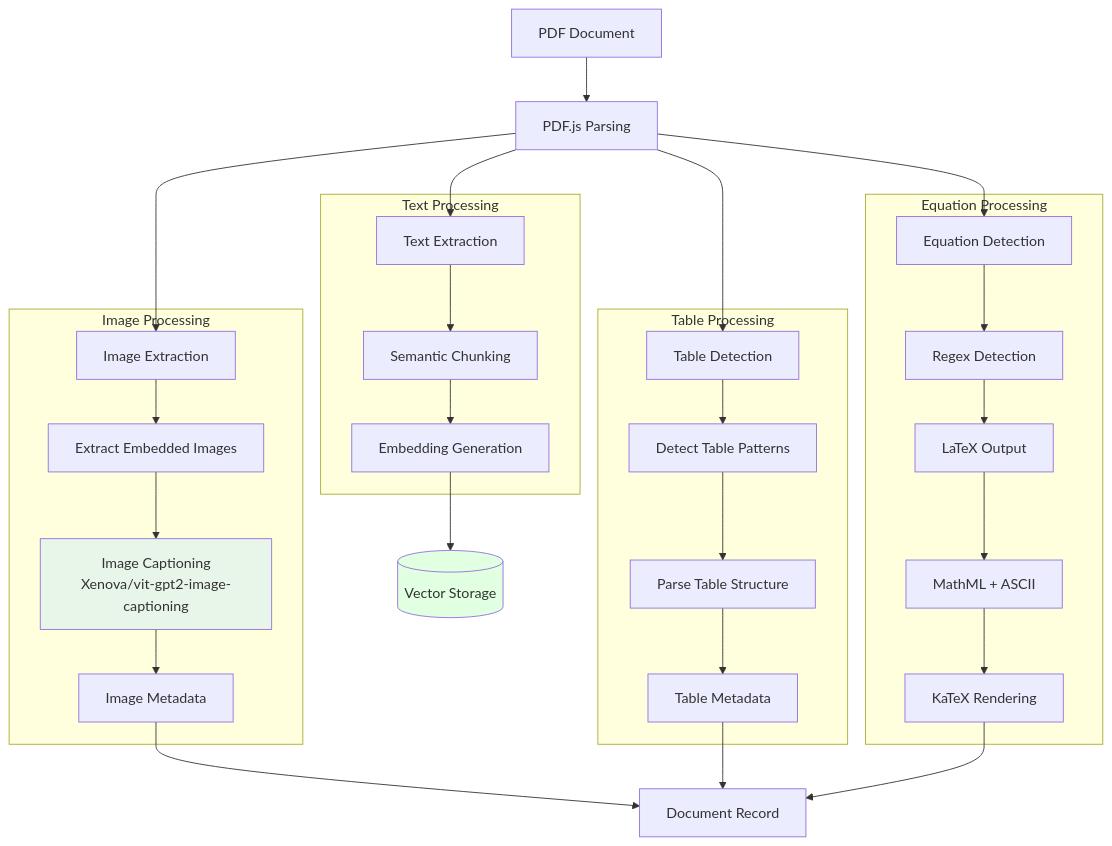
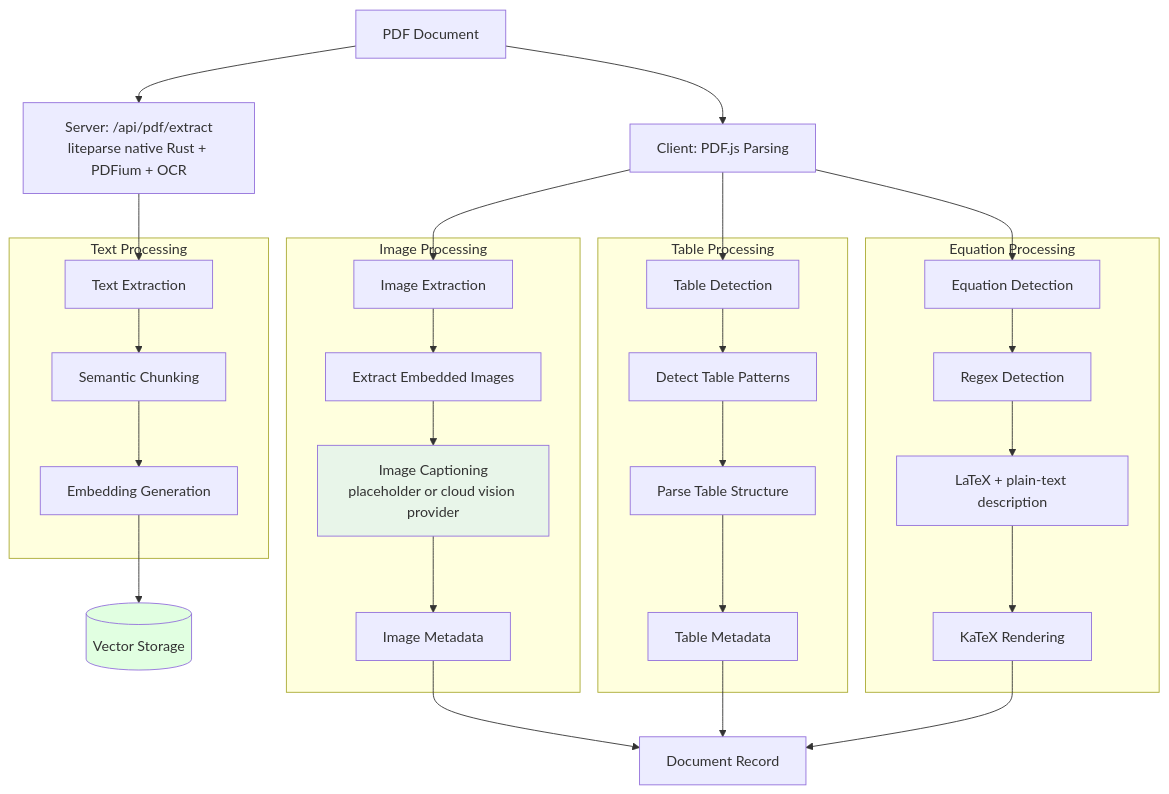
Before and after one commit to Kedhareswer/QuantumPDF_ChatApp_VectorDB: the seventh of 14 diagrams in docs/ARCHITECTURE_FLOWS.md, drawn with Mermaid. The commit also changed other lines of this file and 15 other files, not shown here.

First line of the commit message:
docs: reconcile all docs with the liteparse architecture; remove dead files

````diff
--- a/docs/ARCHITECTURE_FLOWS.md
+++ b/docs/ARCHITECTURE_FLOWS.md
@@ -386,41 +388,41 @@
 ```mermaid
 graph TD
-    START[PDF Document] --> PARSE[PDF.js Parsing]
-    
-    PARSE --> TEXT[Text Extraction]
+    START[PDF Document] --> ROUTE[Server: /api/pdf/extract<br/>liteparse native Rust + PDFium + OCR]
+    START --> PARSE[Client: PDF.js Parsing]
+
+    ROUTE --> TEXT[Text Extraction]
     PARSE --> IMG[Image Extraction]
     PARSE --> TBL[Table Detection]
     PARSE --> EQ[Equation Detection]
     
     subgraph "Text Processing"
         TEXT --> CHUNK[Semantic Chunking]
         CHUNK --> EMB[Embedding Generation]
     end
     
     subgraph "Image Processing"
         IMG --> EXTRACT_IMG[Extract Embedded Images]
-        EXTRACT_IMG --> CAPTION[Image Captioning<br/>Xenova/vit-gpt2-image-captioning]
+        EXTRACT_IMG --> CAPTION[Image Captioning<br/>placeholder or cloud vision provider]
         CAPTION --> IMG_META[Image Metadata]
     end
     
     subgraph "Table Processing"
         TBL --> DETECT_TBL[Detect Table Patterns]
         DETECT_TBL --> PARSE_TBL[Parse Table Structure]
         PARSE_TBL --> TBL_META[Table Metadata]
     end
     
     subgraph "Equation Processing"
         EQ --> REGEX[Regex Detection]
-        REGEX --> LATEX[LaTeX Output]
-        LATEX --> MATHML[MathML + ASCII]
-        MATHML --> RENDER[KaTeX Rendering]
+        REGEX --> LATEX[LaTeX + plain-text description]
+        LATEX --> RENDER[KaTeX Rendering]
     end
     
     EMB --> VDB[(Vector Storage)]
     IMG_META --> DOC[Document Record]
     TBL_META --> DOC
     RENDER --> DOC
     
     style CAPTION fill:#e8f5e9
     style VDB fill:#e1ffe1
 ```
````
